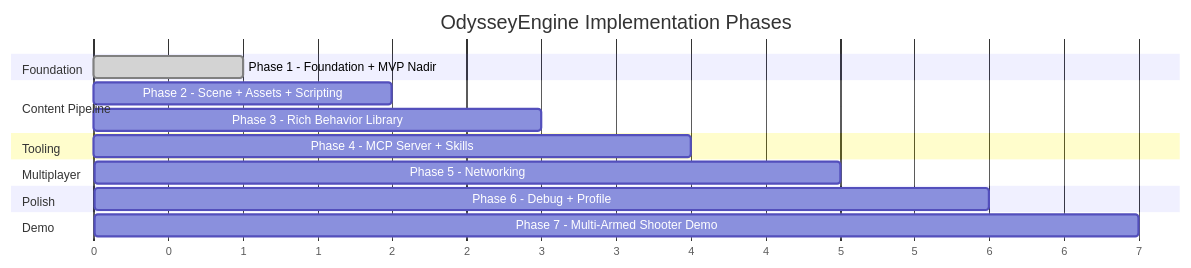
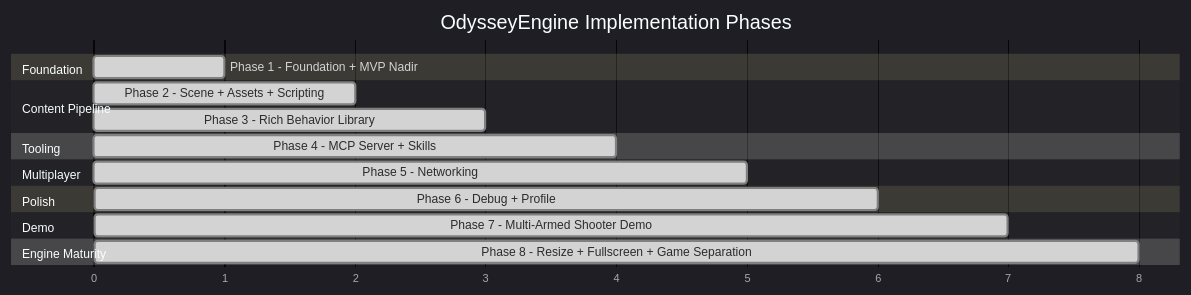
Before and after one commit to Theoya/OdysseyEngine: the diagram in docs/diagrams/phase-roadmap.mermaid, drawn with Mermaid. The commit also changed 71 other files, not shown here.

```diff
--- a/docs/diagrams/phase-roadmap.mermaid
+++ b/docs/diagrams/phase-roadmap.mermaid
@@ -1,23 +1,27 @@
+%%{init: {'theme': 'dark'}}%%
 gantt
     title OdysseyEngine Implementation Phases
     dateFormat X
     axisFormat %s
 
     section Foundation
     Phase 1 - Foundation + MVP Nadir     :done, p1, 0, 1
 
     section Content Pipeline
-    Phase 2 - Scene + Assets + Scripting :p2, 1, 2
-    Phase 3 - Rich Behavior Library      :p3, 2, 3
+    Phase 2 - Scene + Assets + Scripting :done, p2, 1, 2
+    Phase 3 - Rich Behavior Library      :done, p3, 2, 3
 
     section Tooling
-    Phase 4 - MCP Server + Skills        :p4, 3, 4
+    Phase 4 - MCP Server + Skills        :done, p4, 3, 4
 
     section Multiplayer
-    Phase 5 - Networking                 :p5, 4, 5
+    Phase 5 - Networking                 :done, p5, 4, 5
 
     section Polish
-    Phase 6 - Debug + Profile            :p6, 5, 6
+    Phase 6 - Debug + Profile            :done, p6, 5, 6
 
     section Demo
-    Phase 7 - Multi-Armed Shooter Demo   :p7, 6, 7
+    Phase 7 - Multi-Armed Shooter Demo   :done, p7, 6, 7
+
+    section Engine Maturity
+    Phase 8 - Resize + Fullscreen + Game Separation :done, p8, 7, 8
```
